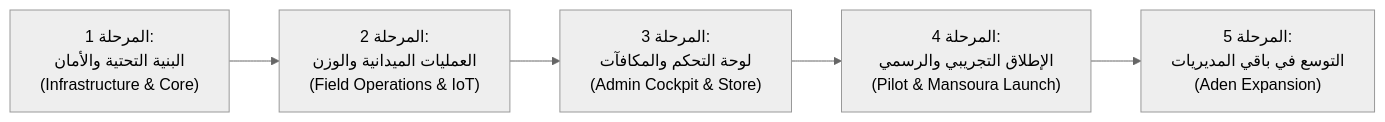
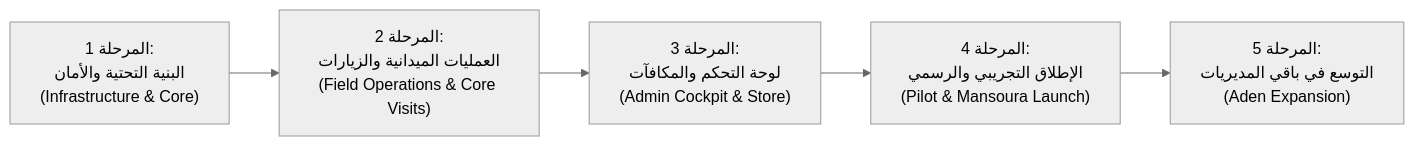
Before and after one commit to A-S-Y/Athar: the second of 2 diagrams in docs/04-specifications/roadmap.md, drawn with Mermaid (neutral theme). The commit also changed other lines of this file and 21 other files, not shown here.

Commit message:
refactor: align full architecture, diagrams, and docs strictly with canonical operational blueprint

````diff
--- a/docs/04-specifications/roadmap.md
+++ b/docs/04-specifications/roadmap.md
@@ -41,7 +41,7 @@
 ```mermaid
 flowchart LR
-    Phase1["المرحلة 1:<br/>البنية التحتية والأمان<br/>(Infrastructure & Core)"] --> Phase2["المرحلة 2:<br/>العمليات الميدانية والوزن<br/>(Field Operations & IoT)"]
+    Phase1["المرحلة 1:<br/>البنية التحتية والأمان<br/>(Infrastructure & Core)"] --> Phase2["المرحلة 2:<br/>العمليات الميدانية والزيارات<br/>(Field Operations & Core Visits)"]
     Phase2 --> Phase3["المرحلة 3:<br/>لوحة التحكم والمكافآت<br/>(Admin Cockpit & Store)"]
     Phase3 --> Phase4["المرحلة 4:<br/>الإطلاق التجريبي والرسمي<br/>(Pilot & Mansoura Launch)"]
     Phase4 --> Phase5["المرحلة 5:<br/>التوسع في باقي المديريات<br/>(Aden Expansion)"]
 ```
````
